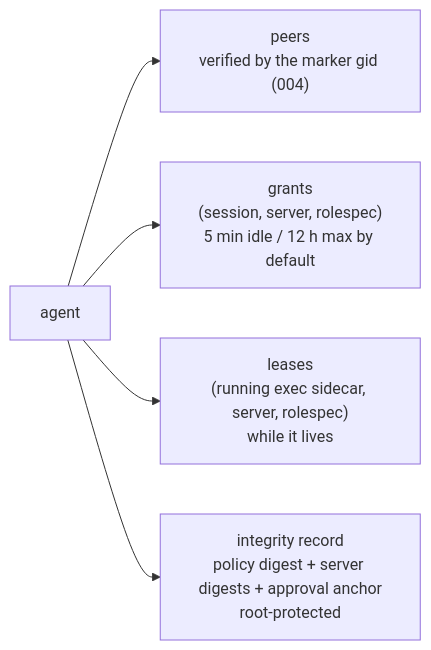
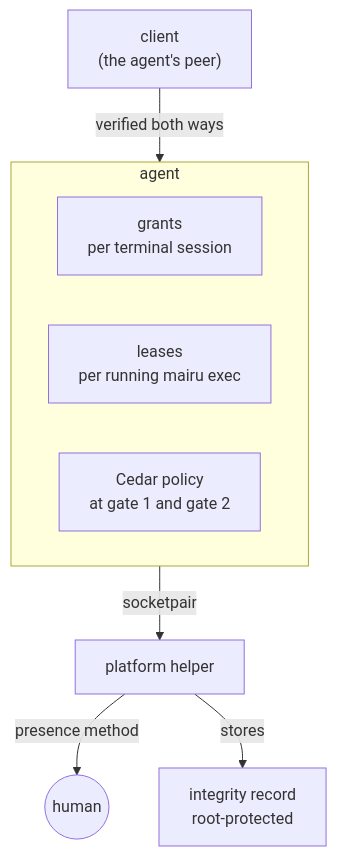
One commit to sorah/mairu changed the second of 5 diagrams in docs/specs/001-security-model.md. Above: the diagram before and after it, drawn with Mermaid. The commit also changed other lines of this file and 17 other files, not shown here.

First line of the commit message:
docs/specs: rework diagrams and helper locations

````diff
--- a/docs/specs/001-security-model.md
+++ b/docs/specs/001-security-model.md
@@ -56,7 +56,12 @@
 ```mermaid
-flowchart LR
-  A["agent"] --> P["peers<br/>verified by the marker gid (004)"]
-  A --> G["grants<br/>(session, server, rolespec)<br/>5 min idle / 12 h max by default"]
-  A --> L["leases<br/>(running exec sidecar, server, rolespec)<br/>while it lives"]
-  A --> R["integrity record<br/>policy digest + server digests + approval anchor<br/>root-protected"]
+flowchart TB
+  C["client<br/>(the agent's peer)"] -- "verified both ways" --> A
+  subgraph A["agent"]
+    G["grants<br/>per terminal session"]
+    L["leases<br/>per running mairu exec"]
+    P["Cedar policy<br/>at gate 1 and gate 2"]
+  end
+  A -- "socketpair" --> H["platform helper"]
+  H -- "presence method" --> U(("human"))
+  H -- "stores" --> R["integrity record<br/>root-protected"]
 ```
````
